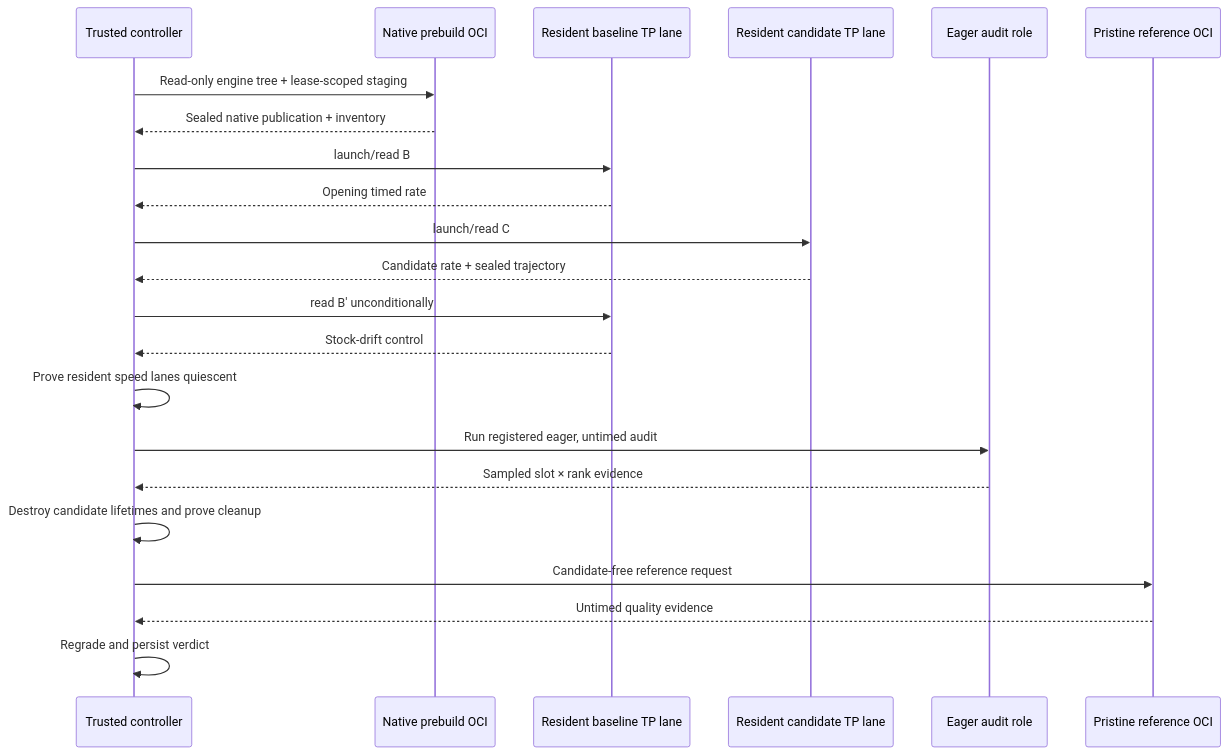
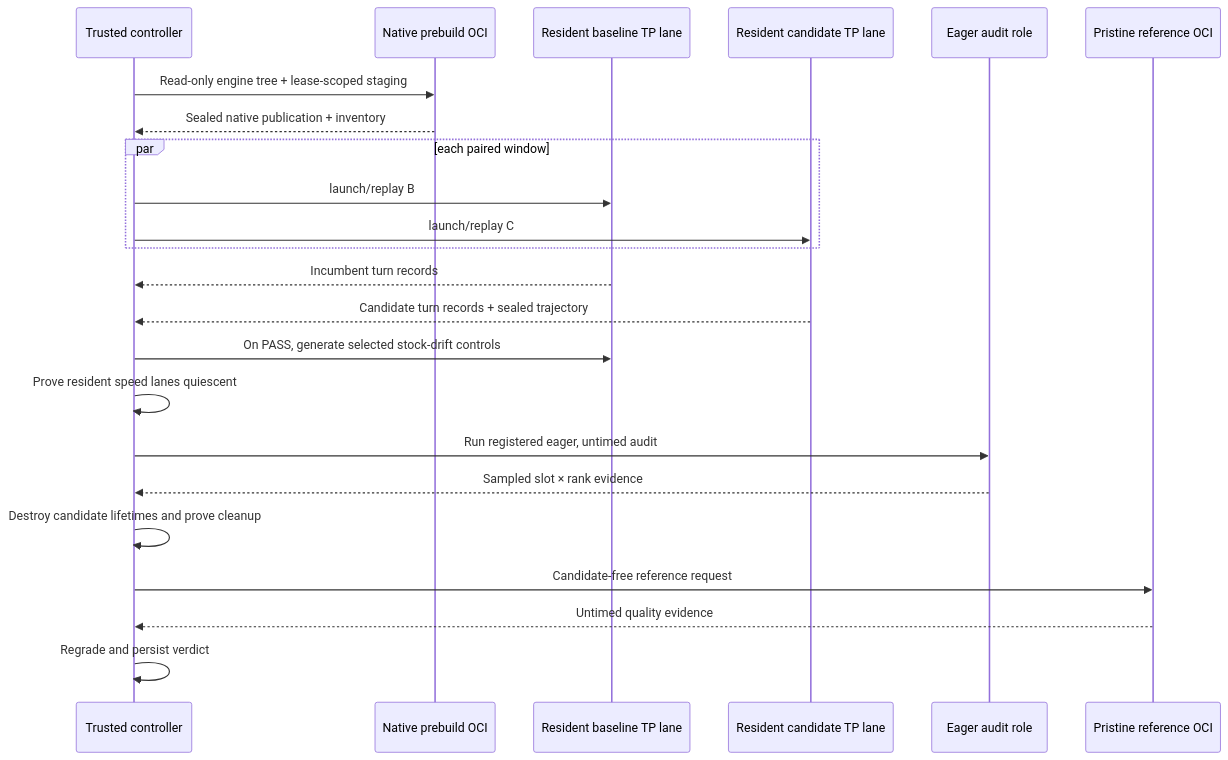
One commit to latent-to/cacheon changed the diagram in docs/security/isolation.md. Above: the diagram before and after it, drawn with Mermaid. The commit also changed other lines of this file and 88 other files, not shown here.

````diff
--- a/docs/security/isolation.md
+++ b/docs/security/isolation.md
@@ -19,25 +19,26 @@
 ```mermaid
 sequenceDiagram
     participant H as Trusted controller
     participant P as Native prebuild OCI
     participant L0 as Resident baseline TP lane
     participant L1 as Resident candidate TP lane
     participant A as Eager audit role
     participant T as Pristine reference OCI
 
     H->>P: Read-only engine tree + lease-scoped staging
     P-->>H: Sealed native publication + inventory
-    H->>L0: launch/read B
-    L0-->>H: Opening timed rate
-    H->>L1: launch/read C
-    L1-->>H: Candidate rate + sealed trajectory
-    H->>L0: read B′ unconditionally
-    L0-->>H: Stock-drift control
+    par each paired window
+        H->>L0: launch/replay B
+        H->>L1: launch/replay C
+    end
+    L0-->>H: Incumbent turn records
+    L1-->>H: Candidate turn records + sealed trajectory
+    H->>L0: On PASS, generate selected stock-drift controls
     H->>H: Prove resident speed lanes quiescent
     H->>A: Run registered eager, untimed audit
     A-->>H: Sampled slot × rank evidence
     H->>H: Destroy candidate lifetimes and prove cleanup
     H->>T: Candidate-free reference request
     T-->>H: Untimed quality evidence
     H->>H: Regrade and persist verdict
 ```
````
